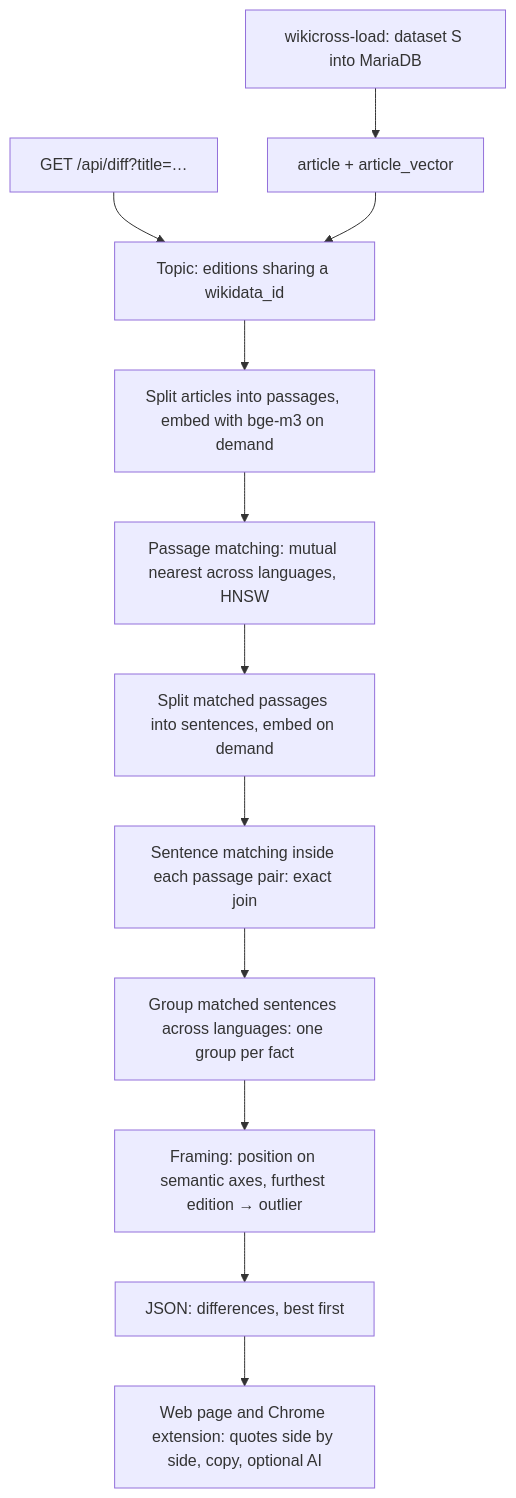
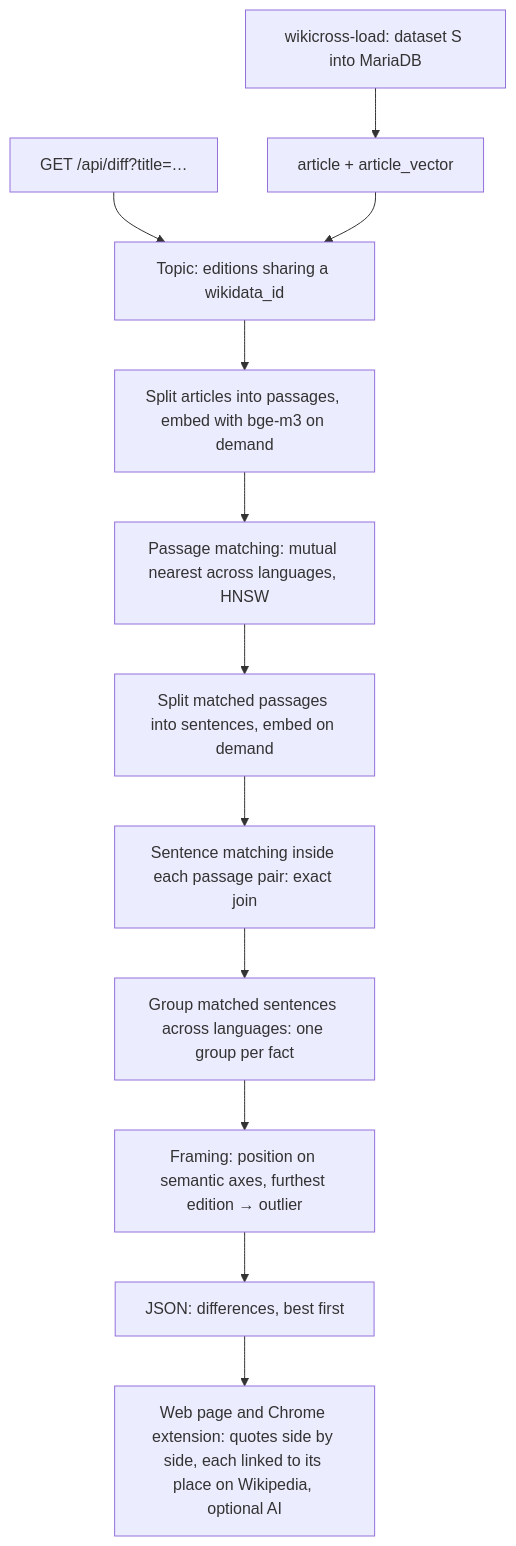
Before and after one commit to ardubev16/junction2026: the first of 7 diagrams in wikicross/docs/how-it-works.md, drawn with Mermaid. The commit also changed 2 other files, not shown here.

Commit message:
Link each quote to its place on Wikipedia instead of Copy
A text fragment (#:~:text=first words,last words) on the quote's own edition and article: the
browser scrolls to the sentence and highlights it; only its ends, since the rendered page puts
footnote marks inside sentences. The link sits in the quote's title chip; the +N more menu and the
extension's "open" links use it too.

````diff
--- a/wikicross/docs/how-it-works.md
+++ b/wikicross/docs/how-it-works.md
@@ -18,14 +18,14 @@
 ```mermaid
 flowchart TD
   L[wikicross-load: dataset S into MariaDB] --> A[article + article_vector]
   Q[GET /api/diff?title=…] --> T[Topic: editions sharing a wikidata_id]
   A --> T
   T --> E1[Split articles into passages, embed with bge-m3 on demand]
   E1 --> P[Passage matching: mutual nearest across languages, HNSW]
   P --> E2[Split matched passages into sentences, embed on demand]
   E2 --> S[Sentence matching inside each passage pair: exact join]
   S --> G[Group matched sentences across languages: one group per fact]
   G --> F2[Framing: position on semantic axes, furthest edition → outlier]
   F2 --> R[JSON: differences, best first]
-  R --> UI[Web page and Chrome extension: quotes side by side, copy, optional AI]
+  R --> UI[Web page and Chrome extension: quotes side by side, each linked to its place on Wikipedia, optional AI]
 ```
````
